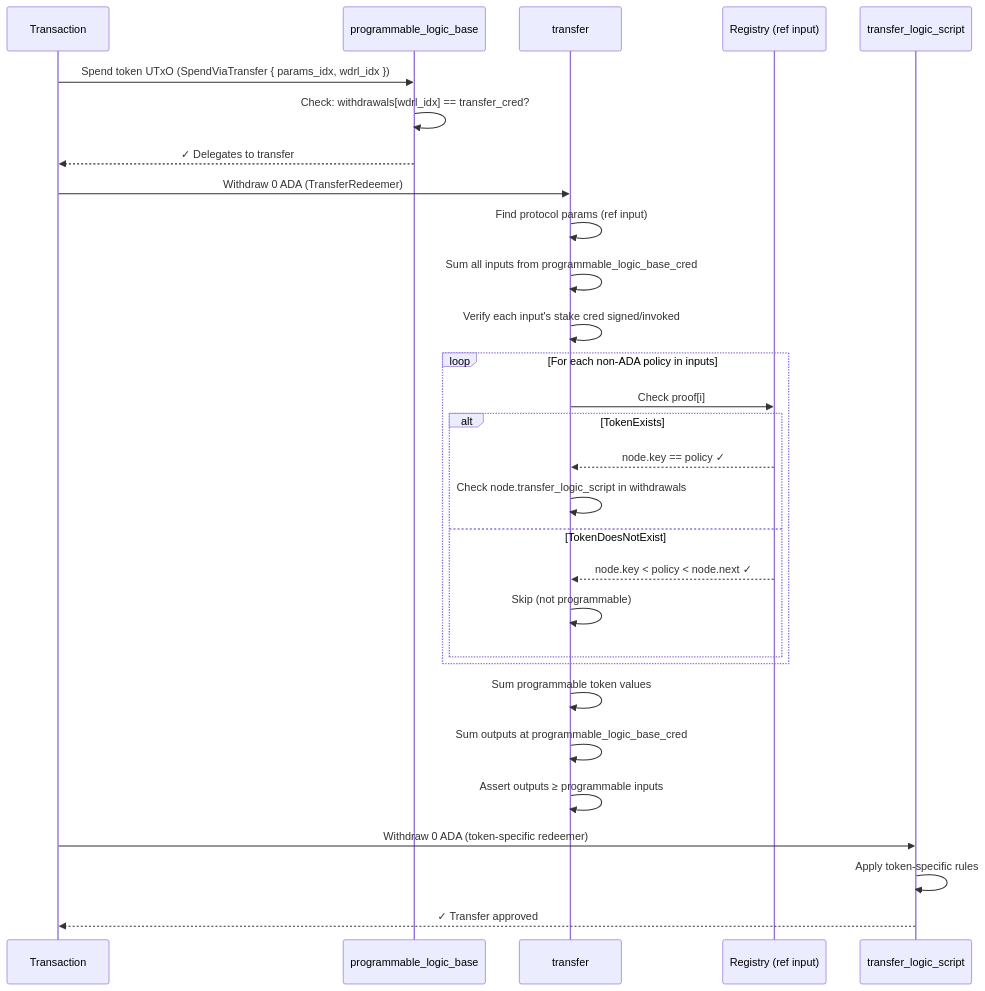
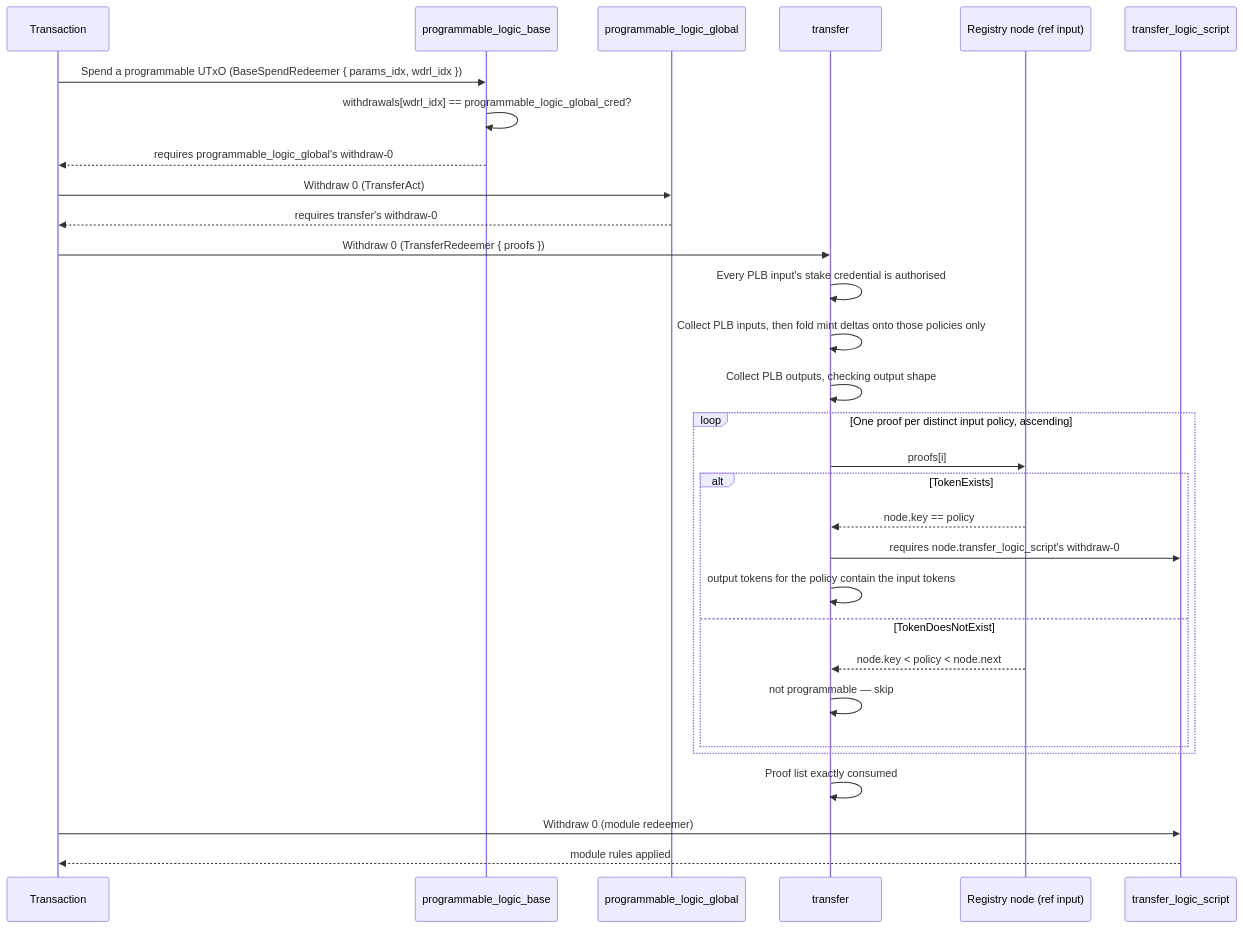
The third of 3 diagrams in docs/sources/cip-113-programmable-tokens/documentation/02-ARCHITECTURE.md (cardano-foundation/cardano-dev-skills), drawn with Mermaid before and after one commit. The commit also changed other lines of this file and 10 other files, not shown here.

First line of the commit message:
docs(cip-113-programmable-tokens): bump 7e8a631 → 6b75ba3

````diff
--- a/docs/sources/cip-113-programmable-tokens/documentation/02-ARCHITECTURE.md
+++ b/docs/sources/cip-113-programmable-tokens/documentation/02-ARCHITECTURE.md
@@ -470,36 +761,37 @@
 ```mermaid
 sequenceDiagram
     participant TX as Transaction
     participant PLB as programmable_logic_base
+    participant PLG as programmable_logic_global
     participant TR as transfer
-    participant REG as Registry (ref input)
+    participant REG as Registry node (ref input)
     participant TL as transfer_logic_script
 
-    TX->>PLB: Spend token UTxO (SpendViaTransfer { params_idx, wdrl_idx })
-    PLB->>PLB: Check: withdrawals[wdrl_idx] == transfer_cred?
-    PLB-->>TX: ✓ Delegates to transfer
+    TX->>PLB: Spend a programmable UTxO (BaseSpendRedeemer { params_idx, wdrl_idx })
+    PLB->>PLB: withdrawals[wdrl_idx] == programmable_logic_global_cred?
+    PLB-->>TX: requires programmable_logic_global's withdraw-0
 
-    TX->>TR: Withdraw 0 ADA (TransferRedeemer)
-    TR->>TR: Find protocol params (ref input)
-    TR->>TR: Sum all inputs from programmable_logic_base_cred
-    TR->>TR: Verify each input's stake cred signed/invoked
+    TX->>PLG: Withdraw 0 (TransferAct)
+    PLG-->>TX: requires transfer's withdraw-0
 
-    loop For each non-ADA policy in inputs
-        TR->>REG: Check proof[i]
+    TX->>TR: Withdraw 0 (TransferRedeemer { proofs })
+    TR->>TR: Every PLB input's stake credential is authorised
+    TR->>TR: Collect PLB inputs, then fold mint deltas onto those policies only
+    TR->>TR: Collect PLB outputs, checking output shape
+
+    loop One proof per distinct input policy, ascending
+        TR->>REG: proofs[i]
         alt TokenExists
-            REG-->>TR: node.key == policy ✓
-            TR->>TR: Check node.transfer_logic_script in withdrawals
+            REG-->>TR: node.key == policy
+            TR->>TL: requires node.transfer_logic_script's withdraw-0
+            TR->>TR: output tokens for the policy contain the input tokens
         else TokenDoesNotExist
-            REG-->>TR: node.key < policy < node.next ✓
-            TR->>TR: Skip (not programmable)
+            REG-->>TR: node.key < policy < node.next
+            TR->>TR: not programmable — skip
         end
     end
 
-    TR->>TR: Sum programmable token values
-    TR->>TR: Sum outputs at programmable_logic_base_cred
-    TR->>TR: Assert outputs ≥ programmable inputs
-
-    TX->>TL: Withdraw 0 ADA (token-specific redeemer)
-    TL->>TL: Apply token-specific rules
-    TL-->>TX: ✓ Transfer approved
+    TR->>TR: Proof list exactly consumed
+    TX->>TL: Withdraw 0 (module redeemer)
+    TL-->>TX: module rules applied
 ```
````
